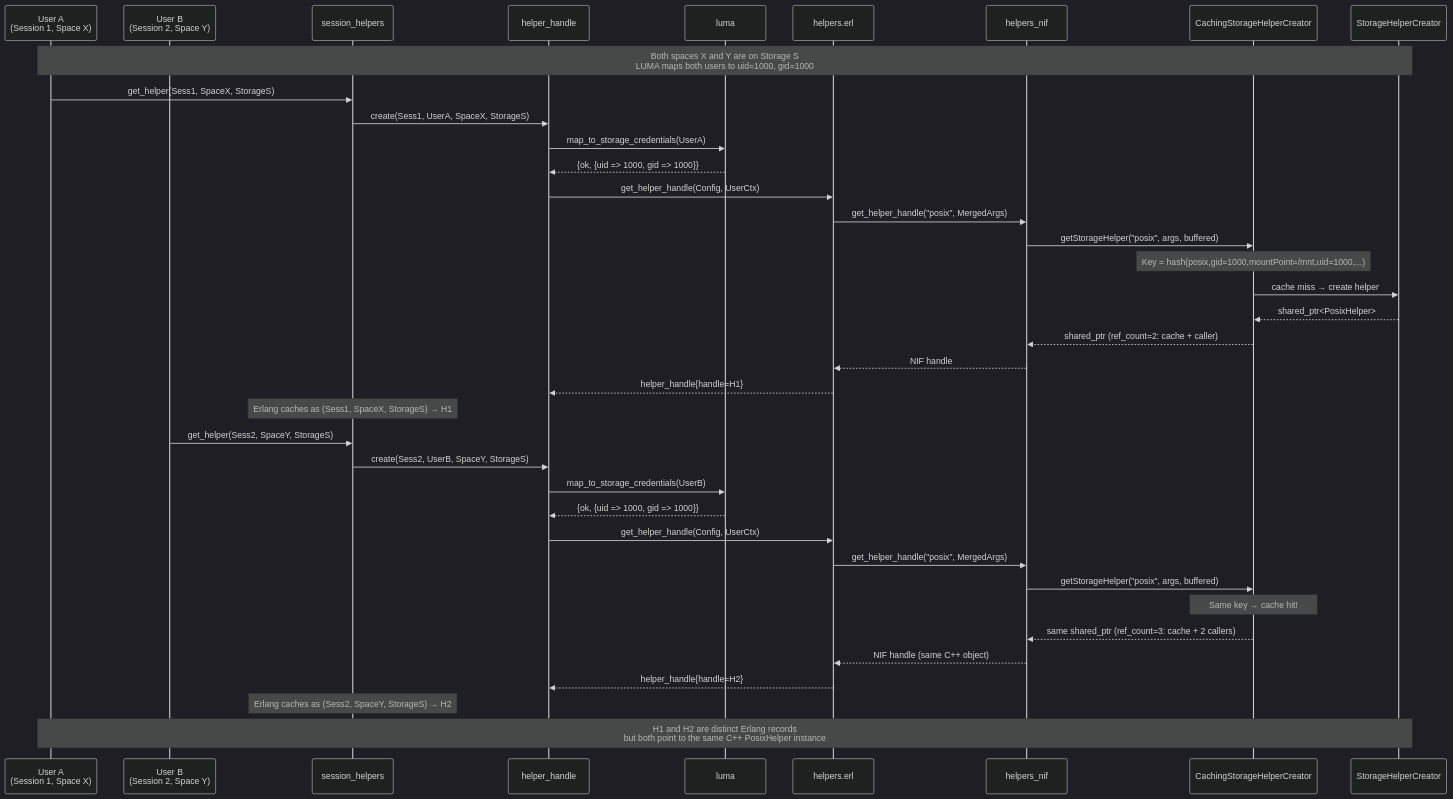
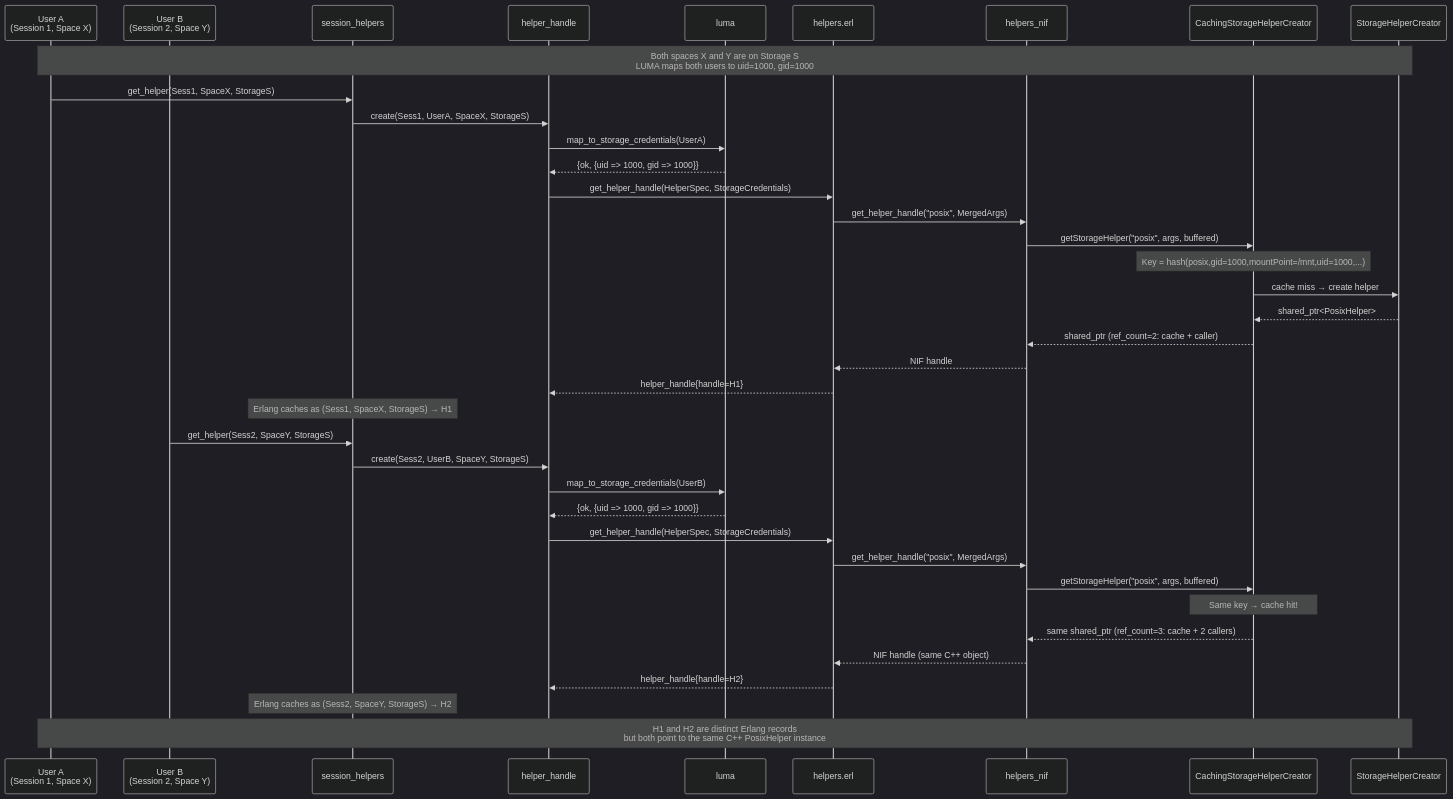
Before and after one commit to onedata/op-worker: the third of 6 diagrams in doc/architecture/storage/helpers/cpp-helper-caching.md, drawn with Mermaid (dark theme). The commit also changed other lines of this file and 82 other files, not shown here.

First line of the commit message:
VFS-12677 Rename helper_config to helper_spec

````diff
--- a/doc/architecture/storage/helpers/cpp-helper-caching.md
+++ b/doc/architecture/storage/helpers/cpp-helper-caching.md
@@ -204,44 +204,44 @@
 ```mermaid
 sequenceDiagram
     participant U1 as User A<br/>(Session 1, Space X)
     participant U2 as User B<br/>(Session 2, Space Y)
     participant SH as session_helpers
     participant HH as helper_handle
     participant LUMA as luma
     participant H as helpers.erl
     participant NIF as helpers_nif
     participant Cache as CachingStorageHelperCreator
     participant Factory as StorageHelperCreator
 
     Note over U1,Factory: Both spaces X and Y are on Storage S<br/>LUMA maps both users to uid=1000, gid=1000
 
     U1->>SH: get_helper(Sess1, SpaceX, StorageS)
     SH->>HH: create(Sess1, UserA, SpaceX, StorageS)
     HH->>LUMA: map_to_storage_credentials(UserA)
     LUMA-->>HH: {ok, {uid => 1000, gid => 1000}}
-    HH->>H: get_helper_handle(Config, UserCtx)
+    HH->>H: get_helper_handle(HelperSpec, StorageCredentials)
     H->>NIF: get_helper_handle("posix", MergedArgs)
     NIF->>Cache: getStorageHelper("posix", args, buffered)
     Note over Cache: Key = hash(posix,gid=1000,mountPoint=/mnt,uid=1000,...)
     Cache->>Factory: cache miss → create helper
     Factory-->>Cache: shared_ptr<PosixHelper>
     Cache-->>NIF: shared_ptr (ref_count=2: cache + caller)
     NIF-->>H: NIF handle
     H-->>HH: helper_handle{handle=H1}
     Note over SH: Erlang caches as (Sess1, SpaceX, StorageS) → H1
 
     U2->>SH: get_helper(Sess2, SpaceY, StorageS)
     SH->>HH: create(Sess2, UserB, SpaceY, StorageS)
     HH->>LUMA: map_to_storage_credentials(UserB)
     LUMA-->>HH: {ok, {uid => 1000, gid => 1000}}
-    HH->>H: get_helper_handle(Config, UserCtx)
+    HH->>H: get_helper_handle(HelperSpec, StorageCredentials)
     H->>NIF: get_helper_handle("posix", MergedArgs)
     NIF->>Cache: getStorageHelper("posix", args, buffered)
     Note over Cache: Same key → cache hit!
     Cache-->>NIF: same shared_ptr (ref_count=3: cache + 2 callers)
     NIF-->>H: NIF handle (same C++ object)
     H-->>HH: helper_handle{handle=H2}
     Note over SH: Erlang caches as (Sess2, SpaceY, StorageS) → H2
 
     Note over U1,Factory: H1 and H2 are distinct Erlang records<br/>but both point to the same C++ PosixHelper instance
 ```
````
